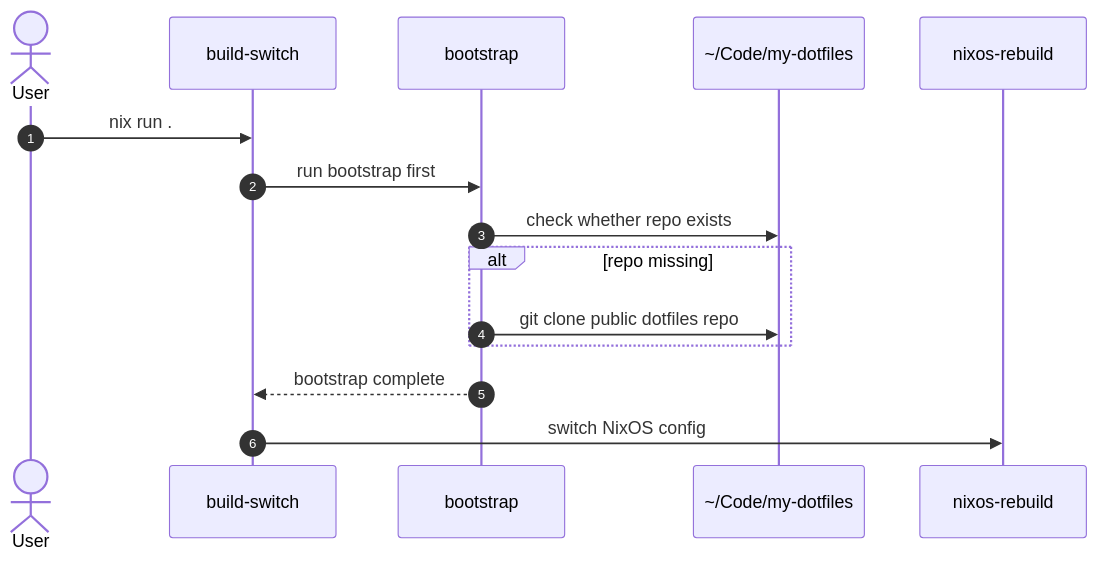
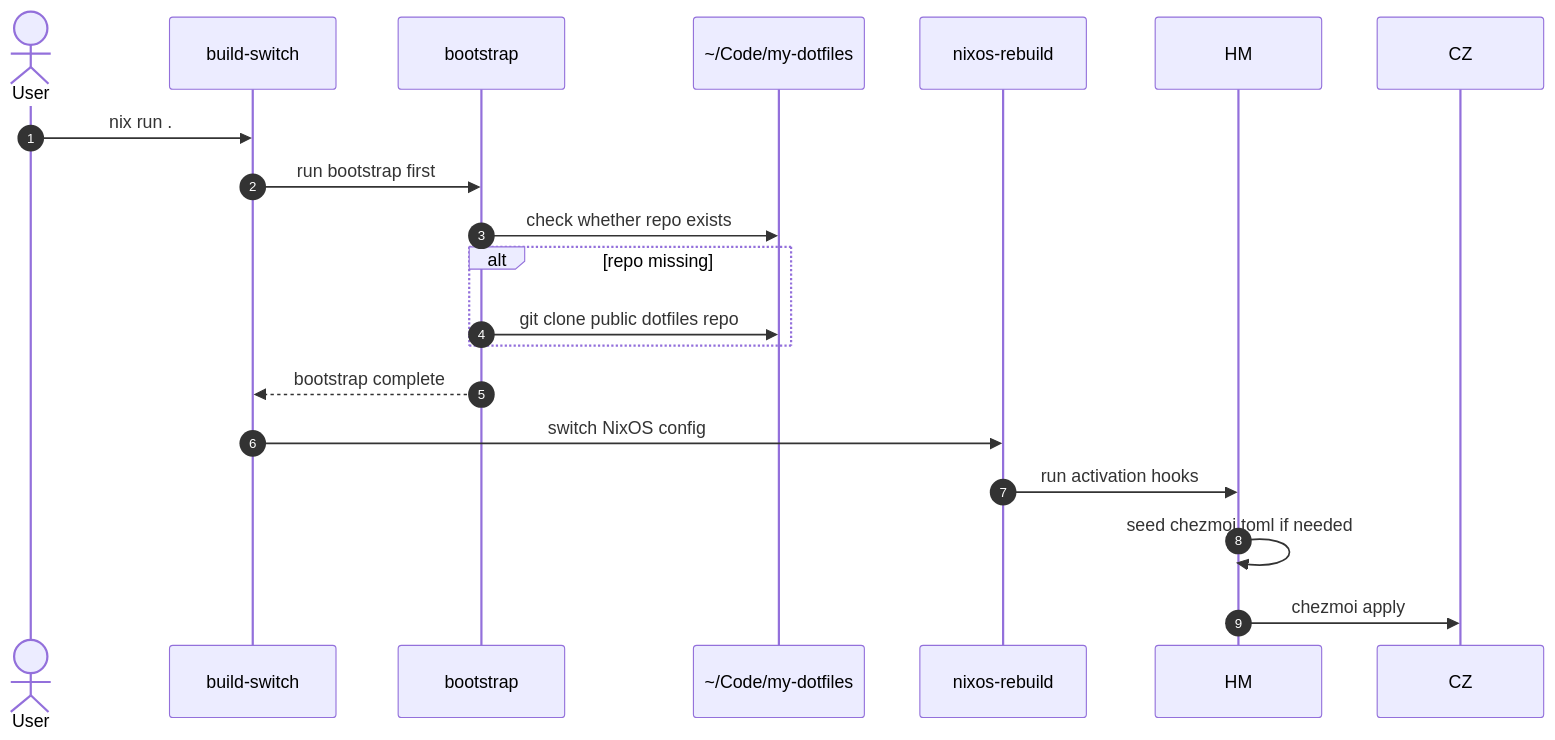
Before and after one commit to sunick2009/nixos-config: the second of 2 diagrams in README.md, drawn with Mermaid. The commit also changed other lines of this file and 5 other files, not shown here.

````diff
--- a/README.md
+++ b/README.md
@@ -81,18 +81,21 @@
 ```mermaid
 sequenceDiagram
   autonumber
   actor User
   participant BS as build-switch
   participant BOOT as bootstrap
   participant FS as ~/Code/my-dotfiles
   participant NS as nixos-rebuild
 
   User->>BS: nix run .#build-switch
   BS->>BOOT: run bootstrap first
   BOOT->>FS: check whether repo exists
   alt repo missing
     BOOT->>FS: git clone public dotfiles repo
   end
   BOOT-->>BS: bootstrap complete
   BS->>NS: switch NixOS config
+  NS->>HM: run activation hooks
+  HM->>HM: seed chezmoi.toml if needed
+  HM->>CZ: chezmoi apply
 ```
````
